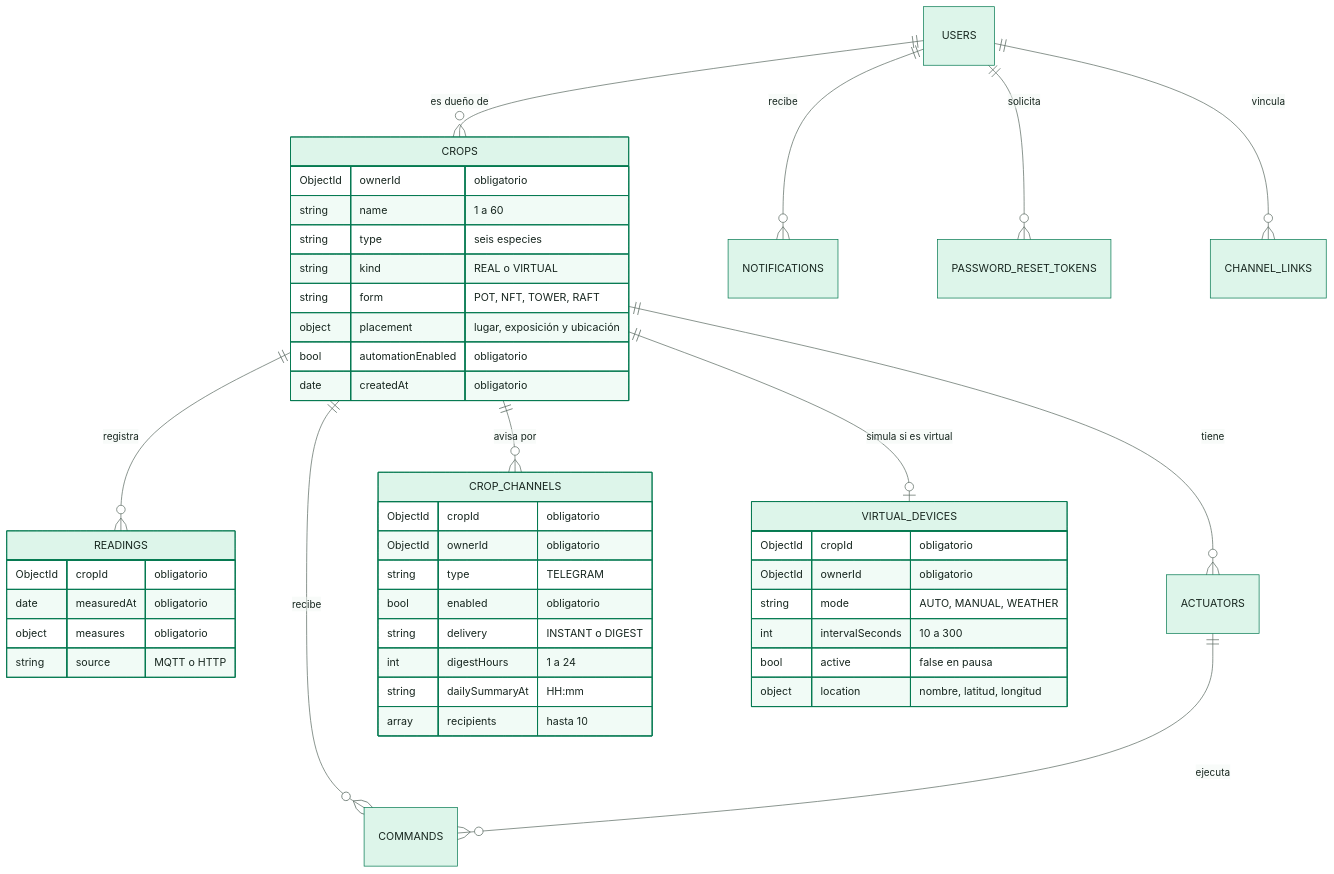
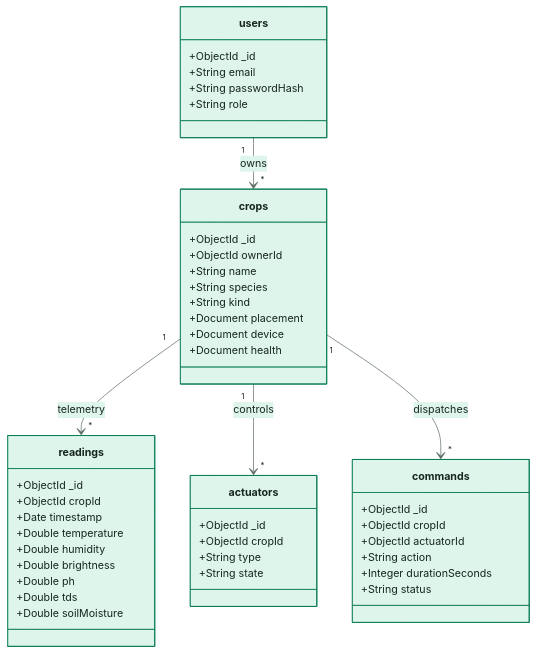
The second of 3 diagrams in docs/SmartPot_DB_Documentation.md (SmartPotTech/SmartPot-DB-Mongo), drawn with Mermaid before and after one commit. The commit also changed other lines of this file and 12 other files, not shown here.

Commit message:
docs(specs): standardize legacy english documentation, notices, diagrams, and manuals

````diff
--- a/docs/SmartPot_DB_Documentation.md
+++ b/docs/SmartPot_DB_Documentation.md
@@ -82,48 +68,49 @@
 ```mermaid
 %%{init: {"theme": "base", "fontFamily": "Segoe UI, Arial, sans-serif", "themeVariables": {"fontFamily": "Segoe UI, Arial, sans-serif", "fontSize": "15px", "primaryColor": "#DDF5EA", "primaryTextColor": "#17261F", "primaryBorderColor": "#067A52", "secondaryColor": "#E3F2FB", "secondaryTextColor": "#17261F", "secondaryBorderColor": "#1F6FA0", "tertiaryColor": "#F2F7F4", "tertiaryTextColor": "#17261F", "tertiaryBorderColor": "#D5E3DC", "lineColor": "#5B6B63", "textColor": "#17261F", "mainBkg": "#DDF5EA", "nodeBorder": "#067A52", "clusterBkg": "#F7FAF8", "clusterBorder": "#D5E3DC", "edgeLabelBackground": "#FFFFFF", "actorBkg": "#067A52", "actorBorder": "#0B3D2B", "actorTextColor": "#FFFFFF", "actorLineColor": "#5B6B63", "signalColor": "#17261F", "signalTextColor": "#17261F", "labelBoxBkgColor": "#0B3D2B", "labelBoxBorderColor": "#0B3D2B", "labelTextColor": "#FFFFFF", "loopTextColor": "#0B3D2B", "noteBkgColor": "#FDF4DD", "noteBorderColor": "#C98D12", "noteTextColor": "#17261F", "activationBkgColor": "#DDF5EA", "activationBorderColor": "#067A52", "attributeBackgroundColorOdd": "#FFFFFF", "attributeBackgroundColorEven": "#F2F7F4"}}}%%
-erDiagram
-  USERS ||--o{ CROPS : "es dueño de"
-  USERS ||--o{ NOTIFICATIONS : "recibe"
-  USERS ||--o{ PASSWORD_RESET_TOKENS : "solicita"
-  USERS ||--o{ CHANNEL_LINKS : "vincula"
-  CROPS ||--o{ READINGS : "registra"
-  CROPS ||--o{ ACTUATORS : "tiene"
-  CROPS ||--o{ COMMANDS : "recibe"
-  CROPS ||--o{ CROP_CHANNELS : "avisa por"
-  CROPS ||--o| VIRTUAL_DEVICES : "simula si es virtual"
-  ACTUATORS ||--o{ COMMANDS : "ejecuta"
-  CROPS {
-    ObjectId ownerId "obligatorio"
-    string name "1 a 60"
-    string type "seis especies"
-    string kind "REAL o VIRTUAL"
-    string form "POT, NFT, TOWER, RAFT"
-    object placement "lugar, exposición y ubicación"
-    bool automationEnabled "obligatorio"
-    date createdAt "obligatorio"
+classDiagram
+  class users {
+    +ObjectId _id
+    +String email
+    +String passwordHash
+    +String role
   }
-  READINGS {
-    ObjectId cropId "obligatorio"
-    date measuredAt "obligatorio"
-    object measures "obligatorio"
-    string source "MQTT o HTTP"
+  class crops {
+    +ObjectId _id
+    +ObjectId ownerId
+    +String name
+    +String species
+    +String kind
+    +Document placement
+    +Document device
+    +Document health
   }
-  CROP_CHANNELS {
-    ObjectId cropId "obligatorio"
-    ObjectId ownerId "obligatorio"
-    string type "TELEGRAM"
-    bool enabled "obligatorio"
-    string delivery "INSTANT o DIGEST"
-    int digestHours "1 a 24"
-    string dailySummaryAt "HH:mm"
-    array recipients "hasta 10"
+  class readings {
+    +ObjectId _id
+    +ObjectId cropId
+    +Date timestamp
+    +Double temperature
+    +Double humidity
+    +Double brightness
+    +Double ph
+    +Double tds
+    +Double soilMoisture
   }
-  VIRTUAL_DEVICES {
-    ObjectId cropId "obligatorio"
-    ObjectId ownerId "obligatorio"
-    string mode "AUTO, MANUAL, WEATHER"
-    int intervalSeconds "10 a 300"
-    bool active "false en pausa"
-    object location "nombre, latitud, longitud"
+  class actuators {
+    +ObjectId _id
+    +ObjectId cropId
+    +String type
+    +String state
   }
+  class commands {
+    +ObjectId _id
+    +ObjectId cropId
+    +ObjectId actuatorId
+    +String action
+    +Integer durationSeconds
+    +String status
+  }
+  users "1" --> "*" crops : owns
+  crops "1" --> "*" readings : telemetry
+  crops "1" --> "*" actuators : controls
+  crops "1" --> "*" commands : dispatches
 ```
````
